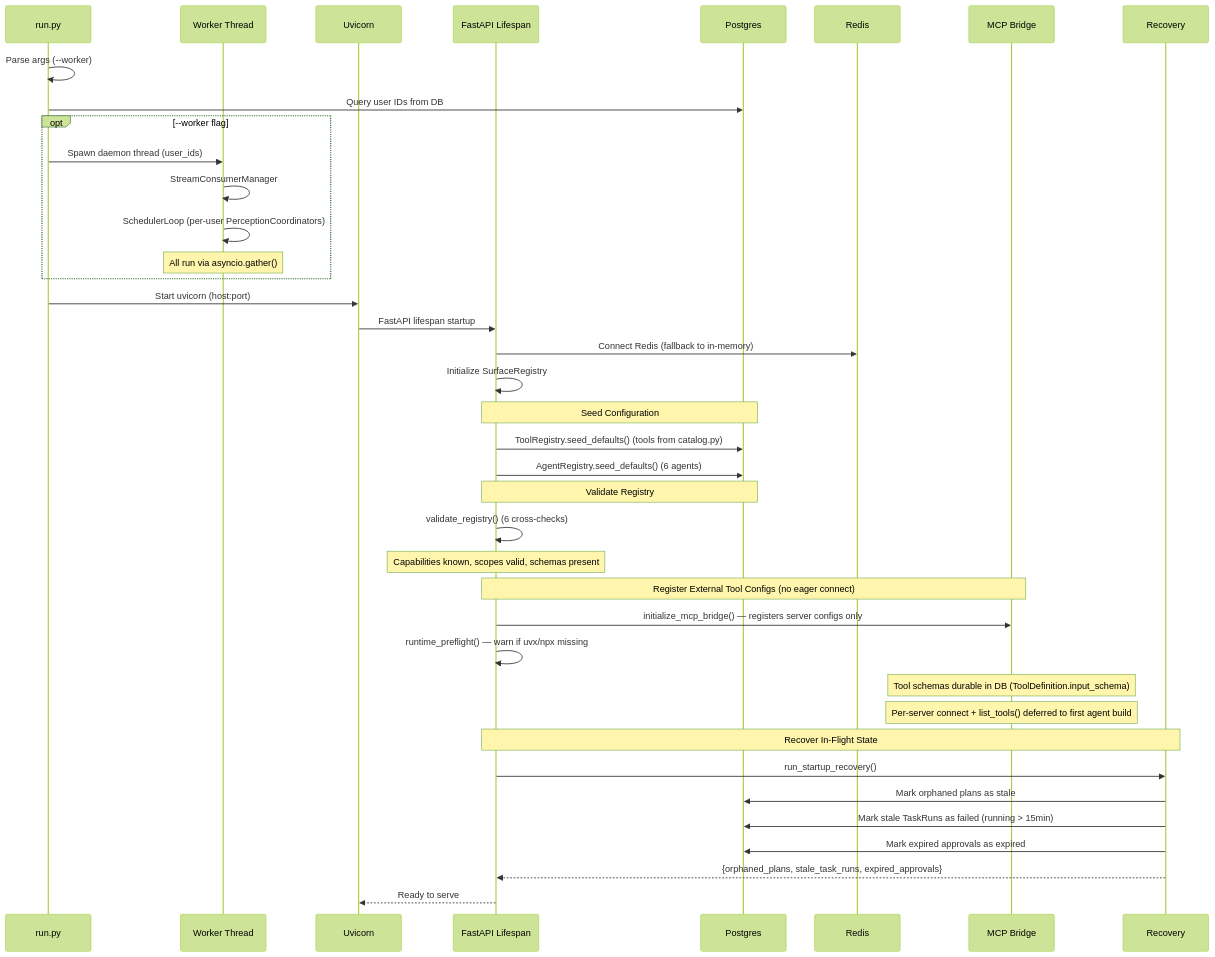
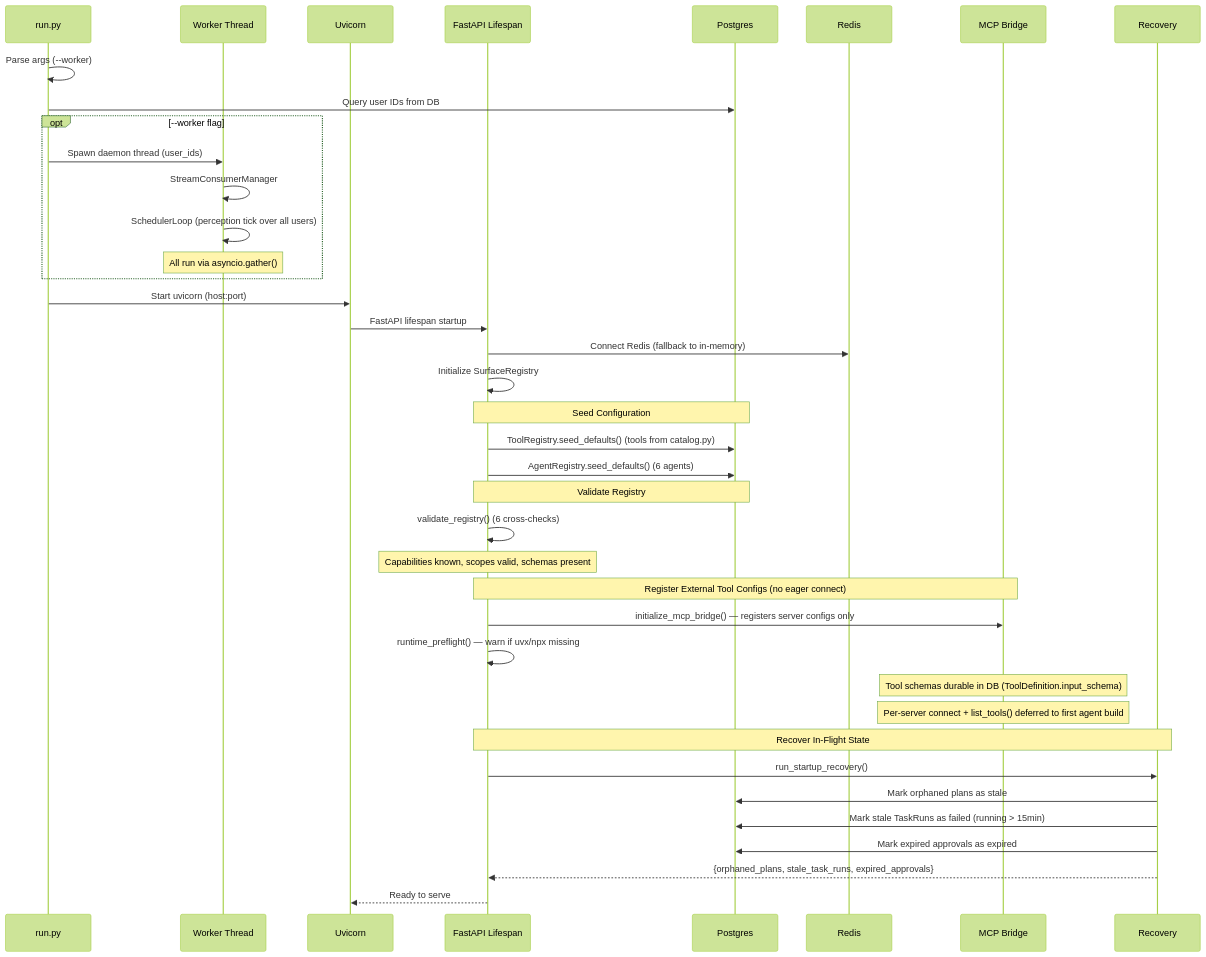
The first of 3 diagrams in docs/architecture/startup.md (shivadharmi/muldro), drawn with Mermaid (forest theme) before and after one commit. The commit also changed other lines of this file and 5 other files, not shown here.

````diff
--- a/docs/architecture/startup.md
+++ b/docs/architecture/startup.md
@@ -5,50 +5,50 @@
 ```mermaid
 sequenceDiagram
     participant R as run.py
     participant W as Worker Thread
     participant UV as Uvicorn
     participant APP as FastAPI Lifespan
     participant DB as Postgres
     participant RD as Redis
     participant MCP as MCP Bridge
     participant REC as Recovery
 
     R->>R: Parse args (--worker)
     R->>DB: Query user IDs from DB
 
     opt --worker flag
         R->>W: Spawn daemon thread (user_ids)
         W->>W: StreamConsumerManager
-        W->>W: SchedulerLoop (per-user PerceptionCoordinators)
+        W->>W: SchedulerLoop (perception tick over all users)
         Note over W: All run via asyncio.gather()
     end
 
     R->>UV: Start uvicorn (host:port)
     UV->>APP: FastAPI lifespan startup
 
     APP->>RD: Connect Redis (fallback to in-memory)
     APP->>APP: Initialize SurfaceRegistry
 
     Note over APP,DB: Seed Configuration
     APP->>DB: ToolRegistry.seed_defaults() (tools from catalog.py)
     APP->>DB: AgentRegistry.seed_defaults() (6 agents)
 
     Note over APP,DB: Validate Registry
     APP->>APP: validate_registry() (6 cross-checks)
     Note over APP: Capabilities known, scopes valid, schemas present
 
     Note over APP,MCP: Register External Tool Configs (no eager connect)
     APP->>MCP: initialize_mcp_bridge() — registers server configs only
     APP->>APP: runtime_preflight() — warn if uvx/npx missing
     Note over MCP: Tool schemas durable in DB (ToolDefinition.input_schema)
     Note over MCP: Per-server connect + list_tools() deferred to first agent build
 
     Note over APP,REC: Recover In-Flight State
     APP->>REC: run_startup_recovery()
     REC->>DB: Mark orphaned plans as stale
     REC->>DB: Mark stale TaskRuns as failed (running > 15min)
     REC->>DB: Mark expired approvals as expired
     REC-->>APP: {orphaned_plans, stale_task_runs, expired_approvals}
 
     APP-->>UV: Ready to serve
 ```
````
